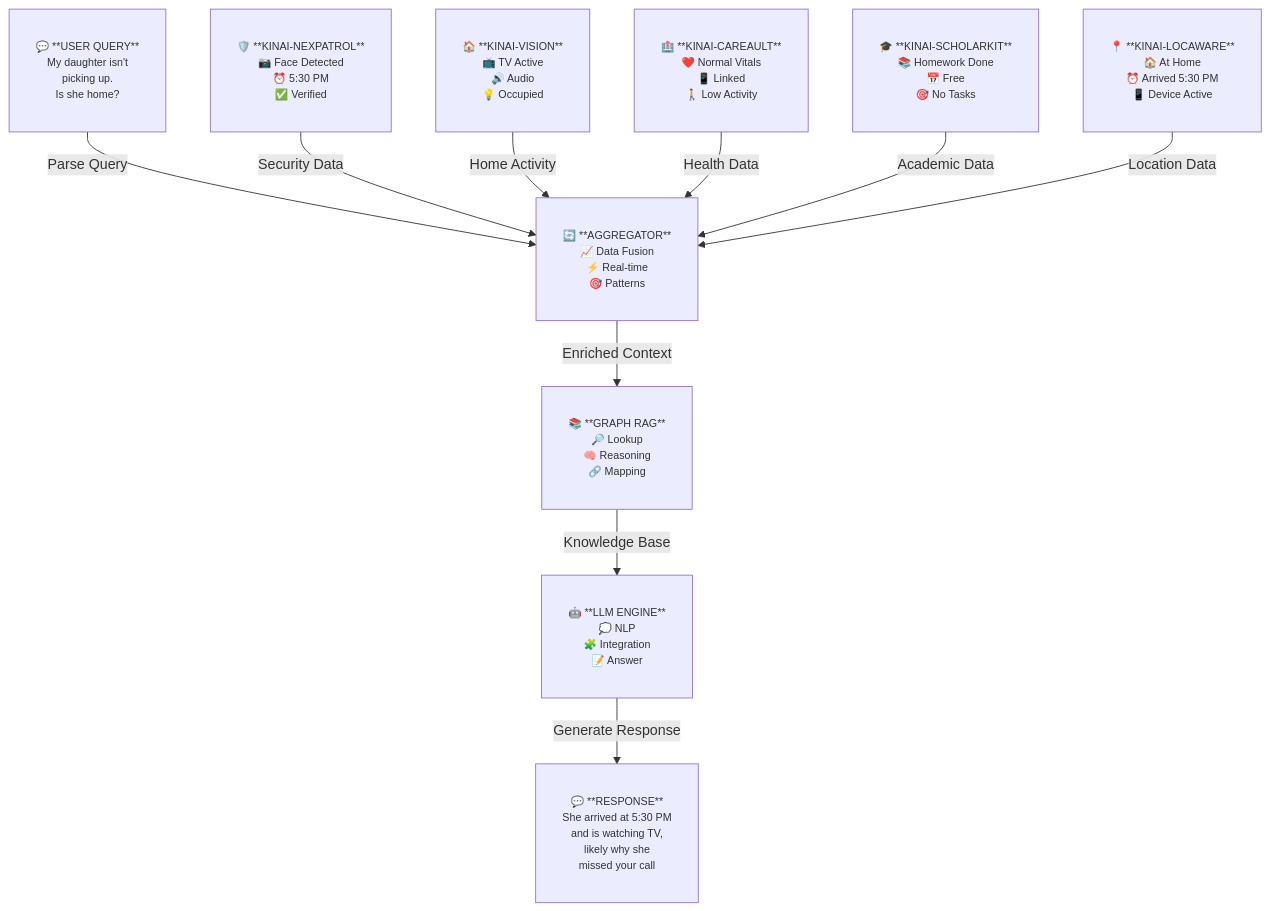
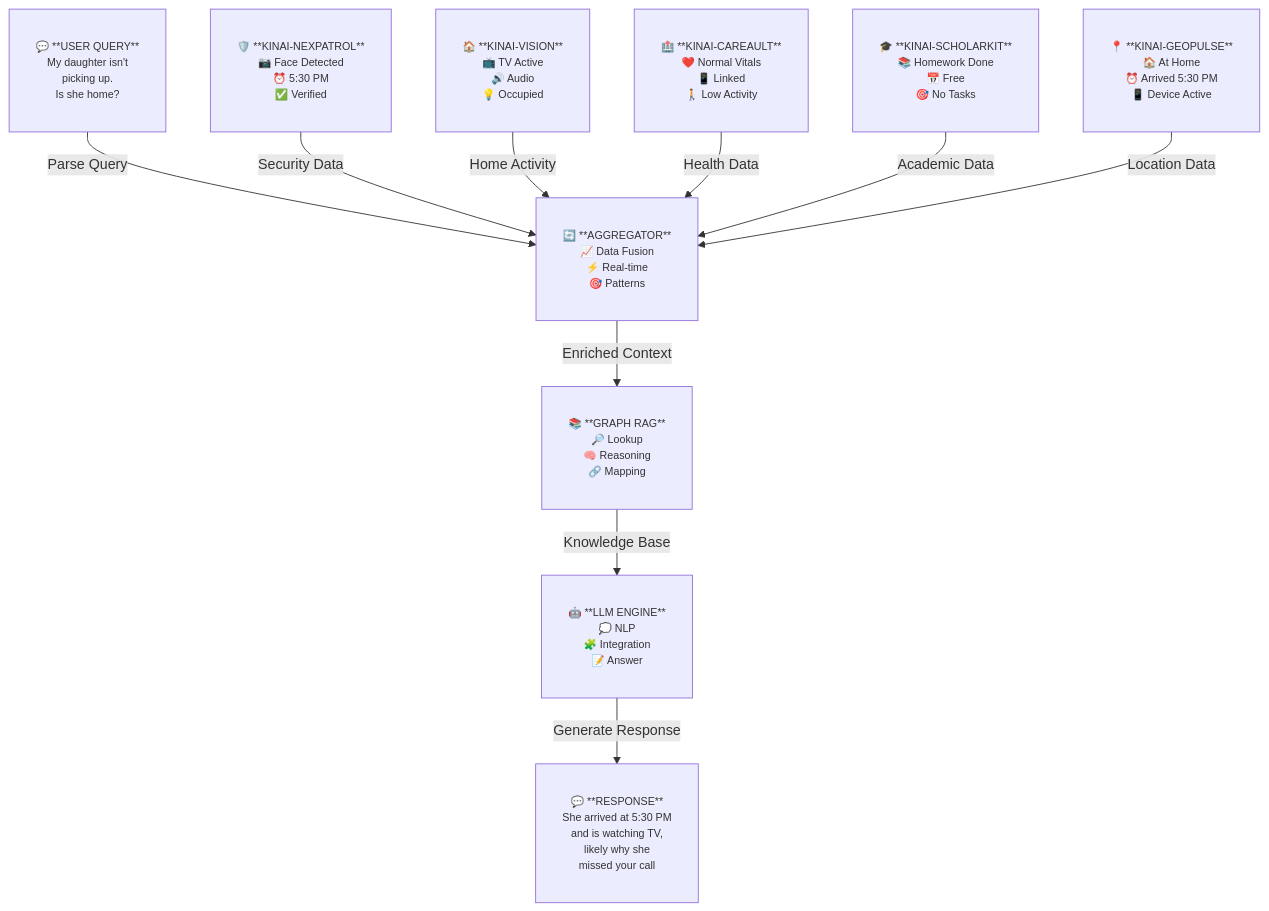
One commit to Logulokesh/KinAI-Ecosystem changed the second of 7 diagrams in README.md. Above: the diagram before and after it, drawn with Mermaid. The commit also changed other lines of this file, not shown here.

````diff
--- a/README.md
+++ b/README.md
@@ -160,36 +160,36 @@
 ```mermaid
 graph TD
     %% Top: Natural Language Query
     QUERY["💬 **USER QUERY**<br/>My daughter isn't<br/>picking up.<br/>Is she home?"]
 
     %% Second Level: Data Sources
     NEXPATROL["🛡️ **KINAI-NEXPATROL**<br/>📷 Face Detected<br/>⏰ 5:30 PM<br/>✅ Verified"]
     VISION["🏠 **KINAI-VISION**<br/>📺 TV Active<br/>🔊 Audio<br/>💡 Occupied"]
     CAREVAULT["🏥 **KINAI-CAREAULT**<br/>❤️ Normal Vitals<br/>📱 Linked<br/>🚶 Low Activity"]
     SCHOLARKIT["🎓 **KINAI-SCHOLARKIT**<br/>📚 Homework Done<br/>📅 Free<br/>🎯 No Tasks"]
-    LOCAWARE["📍 **KINAI-LOCAWARE**<br/>🏠 At Home<br/>⏰ Arrived 5:30 PM<br/>📱 Device Active"]
+    GEOPULSE["📍 **KINAI-GEOPULSE**<br/>🏠 At Home<br/>⏰ Arrived 5:30 PM<br/>📱 Device Active"]
 
     %% Third Level: AI Processing
     CONTEXT["🔄 **AGGREGATOR**<br/>📈 Data Fusion<br/>⚡ Real-time<br/>🎯 Patterns"]
     RAG["📚 **GRAPH RAG**<br/>🔎 Lookup<br/>🧠 Reasoning<br/>🔗 Mapping"]
     LLM["🤖 **LLM ENGINE**<br/>💭 NLP<br/>🧩 Integration<br/>📝 Answer"]
 
     %% Bottom: Response
     RESPONSE["💬 **RESPONSE**<br/>She arrived at 5:30 PM<br/>and is watching TV,<br/>likely why she<br/>missed your call"]
 
     %% Flow Connections
     QUERY -->|"Parse Query"| CONTEXT
     NEXPATROL -->|"Security Data"| CONTEXT
     VISION -->|"Home Activity"| CONTEXT
     CAREVAULT -->|"Health Data"| CONTEXT
     SCHOLARKIT -->|"Academic Data"| CONTEXT
-    LOCAWARE -->|"Location Data"| CONTEXT
+    GEOPULSE -->|"Location Data"| CONTEXT
     CONTEXT -->|"Enriched Context"| RAG
     RAG -->|"Knowledge Base"| LLM
     LLM -->|"Generate Response"| RESPONSE
 
     %% Node style
     classDef nodeStyle padding:10px, font-size:12px, text-align:center, white-space:pre-wrap;
-    class QUERY,NEXPATROL,VISION,CAREVAULT,SCHOLARKIT,LOCAWARE,CONTEXT,RAG,LLM,RESPONSE nodeStyle;
+    class QUERY,NEXPATROL,VISION,CAREVAULT,SCHOLARKIT,GEOPULSE,CONTEXT,RAG,LLM,RESPONSE nodeStyle;
 
 ```
````
